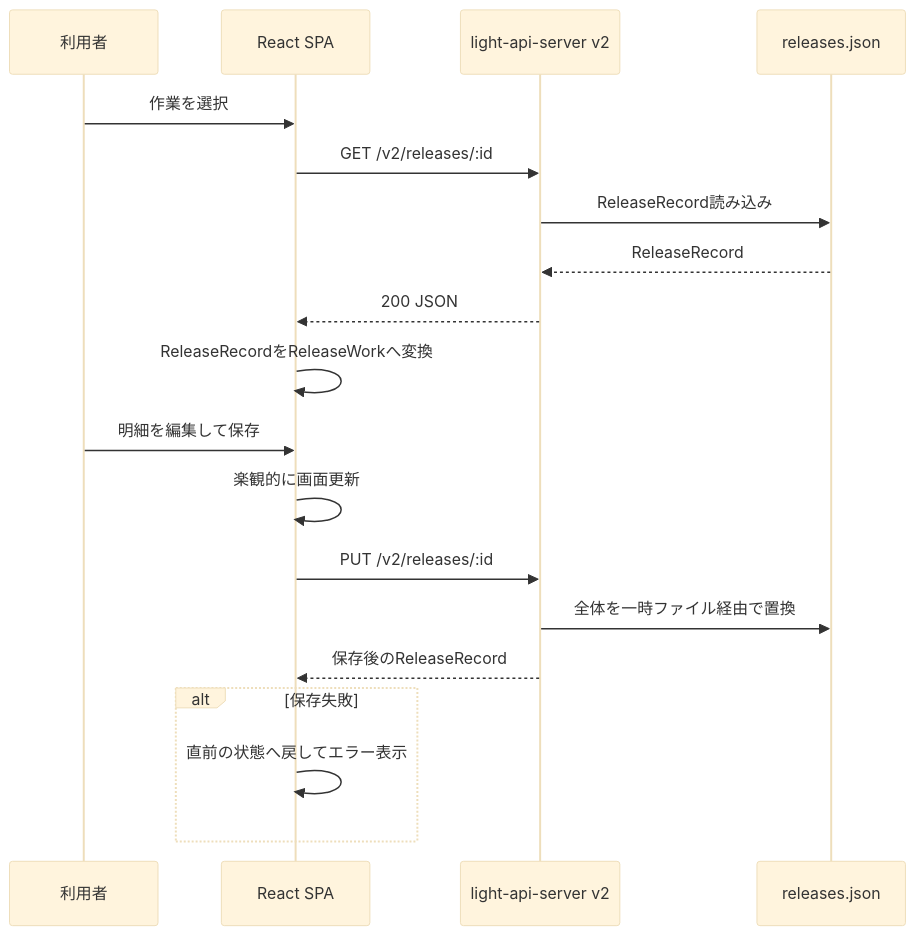
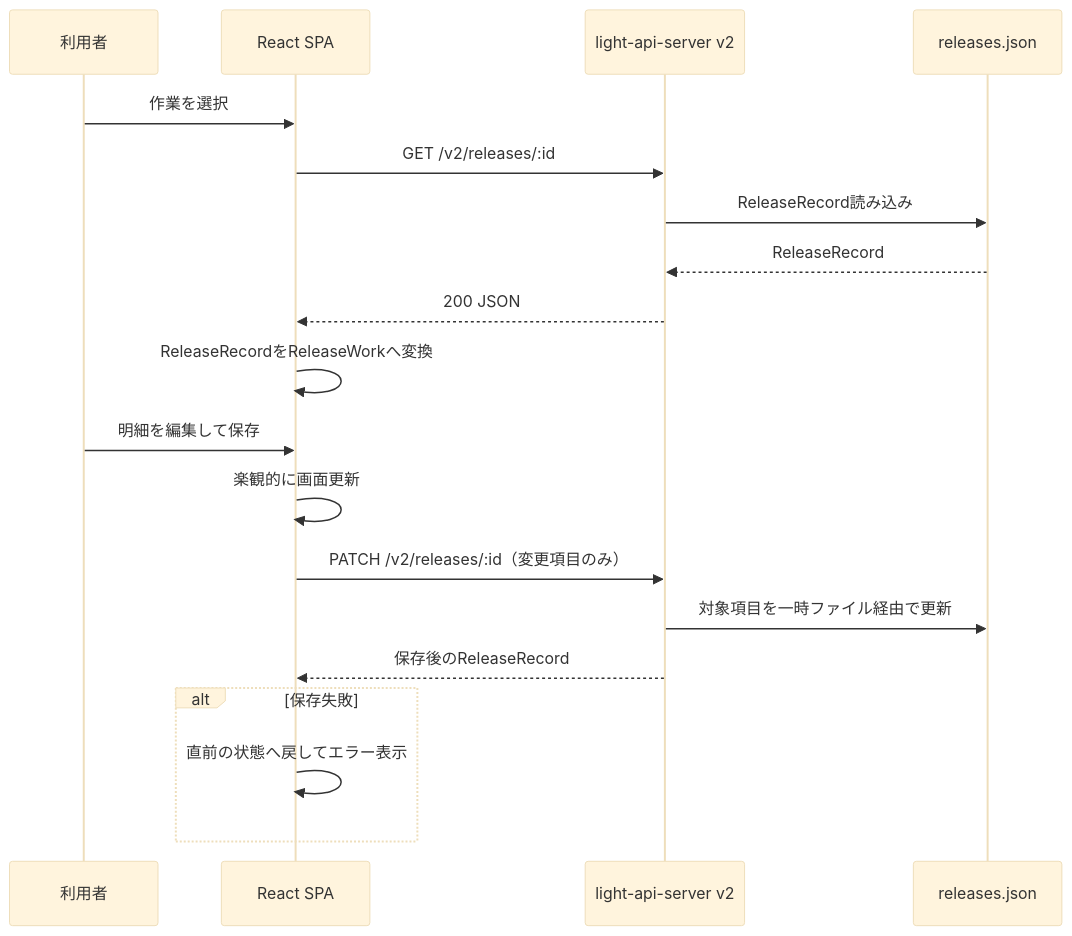
One commit to aion0721/release-hub changed the fourth of 5 diagrams in docs/basic-design.md. Above: the diagram before and after it, drawn with Mermaid (base theme). The commit also changed other lines of this file and 7 other files, not shown here.

Commit message:
Prevent timeline loss during saves

````diff
--- a/docs/basic-design.md
+++ b/docs/basic-design.md
@@ -89,21 +89,21 @@
 ```mermaid
 sequenceDiagram
   participant U as 利用者
   participant SPA as React SPA
   participant API as light-api-server v2
   participant DB as releases.json
   U->>SPA: 作業を選択
   SPA->>API: GET /v2/releases/:id
   API->>DB: ReleaseRecord読み込み
   DB-->>API: ReleaseRecord
   API-->>SPA: 200 JSON
   SPA->>SPA: ReleaseRecordをReleaseWorkへ変換
   U->>SPA: 明細を編集して保存
   SPA->>SPA: 楽観的に画面更新
-  SPA->>API: PUT /v2/releases/:id
-  API->>DB: 全体を一時ファイル経由で置換
+  SPA->>API: PATCH /v2/releases/:id（変更項目のみ）
+  API->>DB: 対象項目を一時ファイル経由で更新
   API-->>SPA: 保存後のReleaseRecord
   alt 保存失敗
     SPA->>SPA: 直前の状態へ戻してエラー表示
   end
 ```
````
